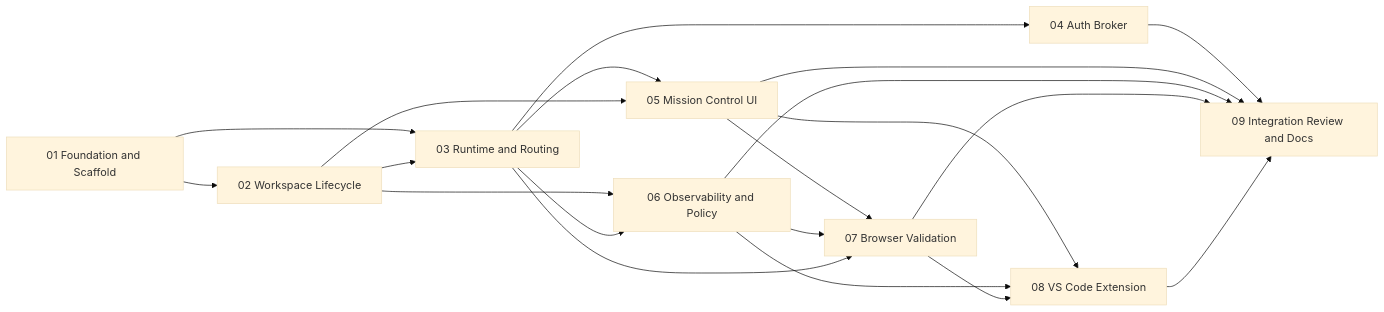
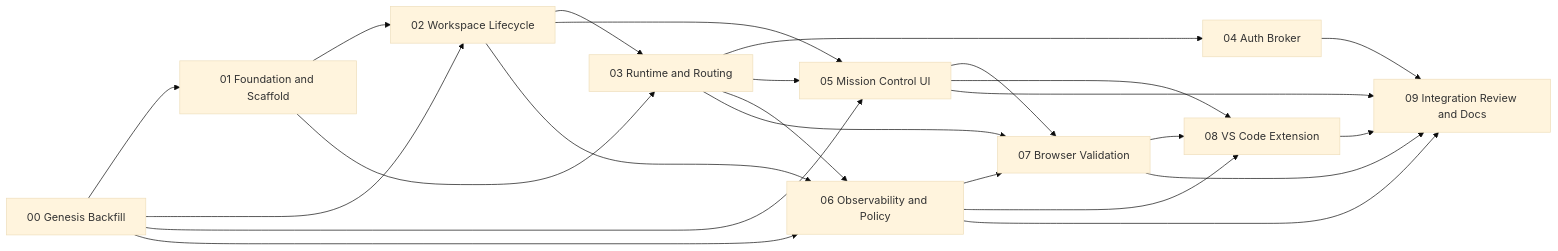
Before and after one commit to JStaRFilms/TakomiDX: the diagram in docs/tasks/orchestrator-sessions/orch-20260307-030731/master_plan.md, drawn with Mermaid (base theme). The commit also changed other lines of this file and 28 other files, not shown here.

````diff
--- a/docs/tasks/orchestrator-sessions/orch-20260307-030731/master_plan.md
+++ b/docs/tasks/orchestrator-sessions/orch-20260307-030731/master_plan.md
@@ -72,22 +78,26 @@
 ```mermaid
 flowchart LR
+    T00["00 Genesis Backfill"] --> T01["01 Foundation and Scaffold"]
+    T00 --> T02["02 Workspace Lifecycle"]
+    T00 --> T05["05 Mission Control UI"]
+    T00 --> T06["06 Observability and Policy"]
     T01["01 Foundation and Scaffold"] --> T02["02 Workspace Lifecycle"]
     T01 --> T03["03 Runtime and Routing"]
     T02 --> T03
     T03 --> T04["04 Auth Broker"]
     T03 --> T05["05 Mission Control UI"]
     T02 --> T05
     T02 --> T06["06 Observability and Policy"]
     T03 --> T06
     T05 --> T07["07 Browser Validation"]
     T06 --> T07
     T03 --> T07
     T05 --> T08["08 VS Code Extension"]
     T06 --> T08
     T07 --> T08
     T04 --> T09["09 Integration Review and Docs"]
     T05 --> T09
     T06 --> T09
     T07 --> T09
     T08 --> T09
 ```
````
